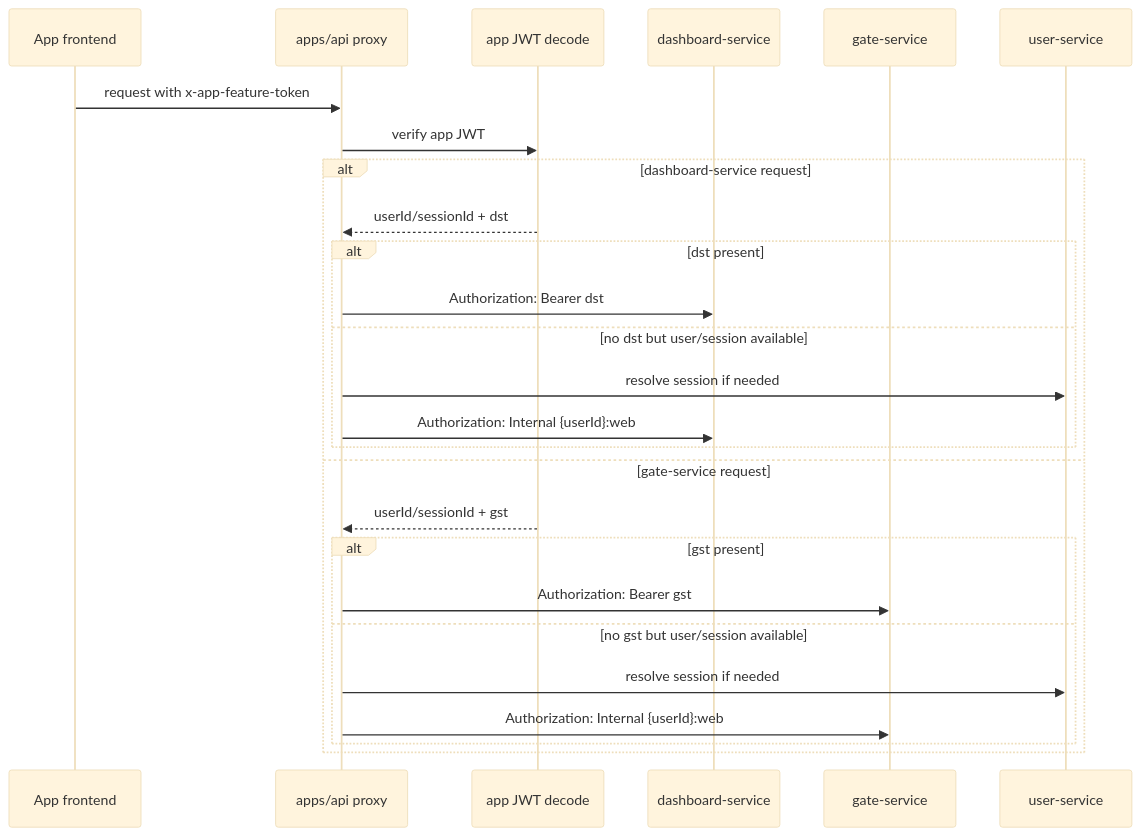
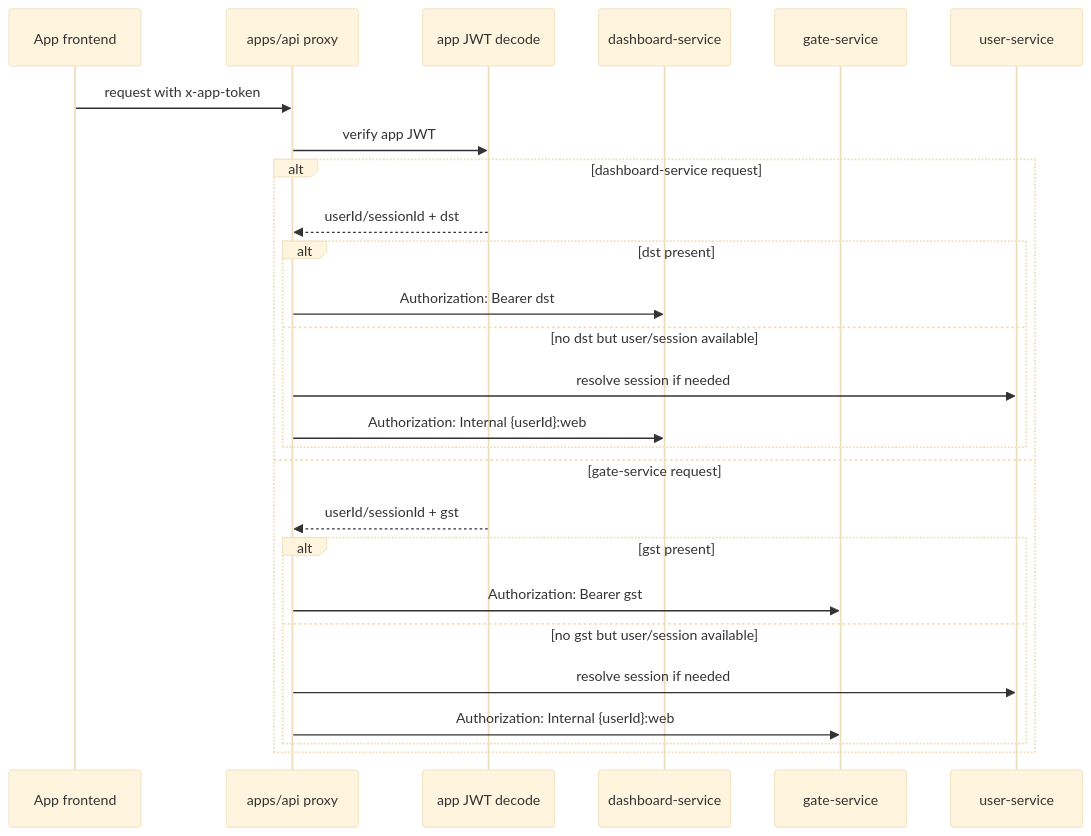
The fourth of 6 diagrams in docs/proposals/APP-AUTH-FLOW.md (fusebase-dev/fusebase-cli), drawn with Mermaid (base theme) before and after one commit. The commit also changed other lines of this file and 113 other files, not shown here.

````diff
--- a/docs/proposals/APP-AUTH-FLOW.md
+++ b/docs/proposals/APP-AUTH-FLOW.md
@@ -175,29 +175,29 @@
 ```mermaid
 sequenceDiagram
   participant SPA as App frontend
   participant API as apps/api proxy
   participant Decode as app JWT decode
   participant Dash as dashboard-service
   participant Gate as gate-service
   participant User as user-service
 
-  SPA->>API: request with x-app-feature-token
+  SPA->>API: request with x-app-token
   API->>Decode: verify app JWT
   alt dashboard-service request
     Decode-->>API: userId/sessionId + dst
     alt dst present
       API->>Dash: Authorization: Bearer dst
     else no dst but user/session available
       API->>User: resolve session if needed
       API->>Dash: Authorization: Internal {userId}:web
     end
   else gate-service request
     Decode-->>API: userId/sessionId + gst
     alt gst present
       API->>Gate: Authorization: Bearer gst
     else no gst but user/session available
       API->>User: resolve session if needed
       API->>Gate: Authorization: Internal {userId}:web
     end
   end
 ```
````
